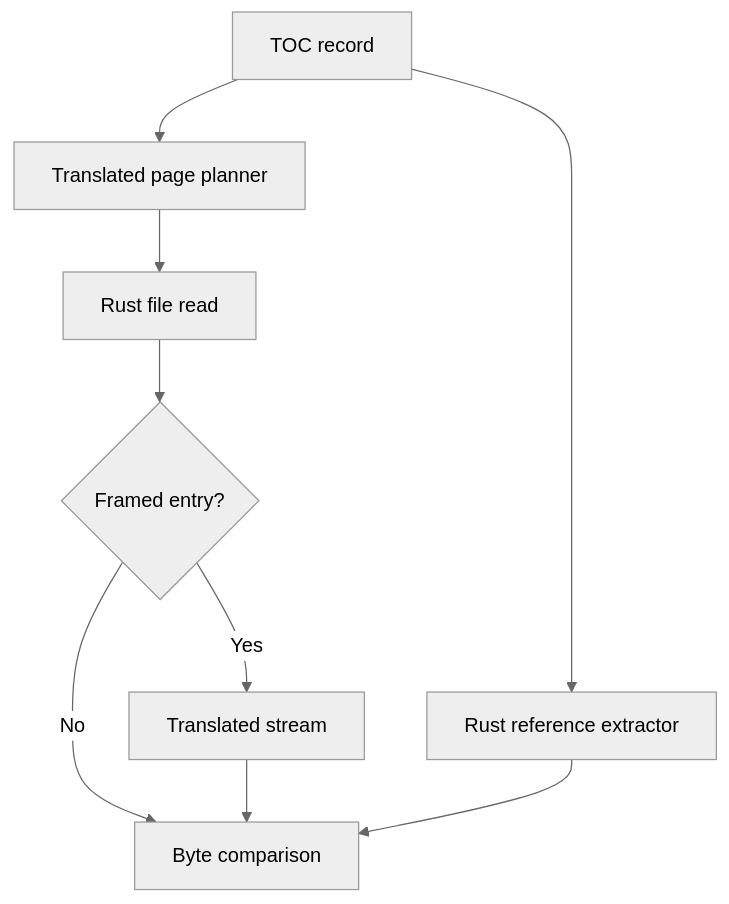
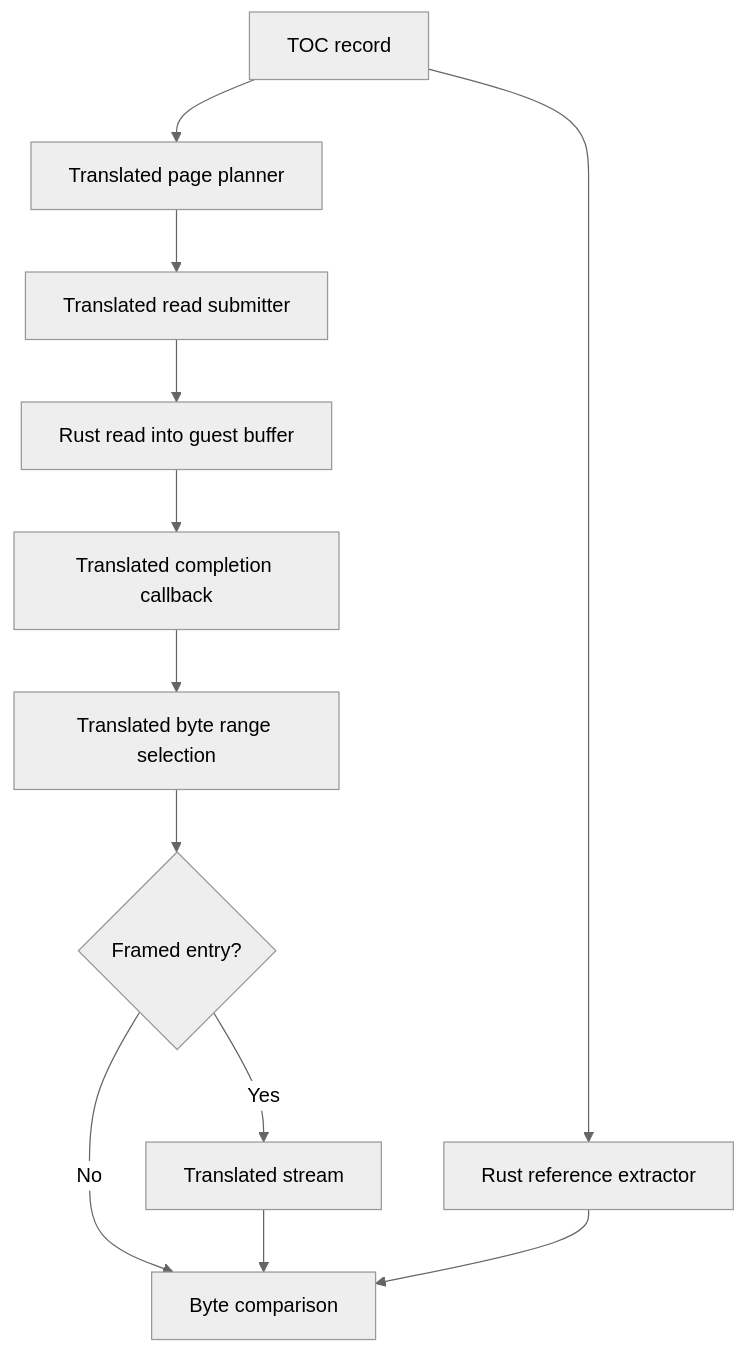
One commit to DarkLotus8000/Oldframe-Recomp changed the diagram in INTERNALS.md. Above: the diagram before and after it, drawn with Mermaid (neutral theme). The commit also changed other lines of this file and 17 other files, not shown here.

````diff
--- a/INTERNALS.md
+++ b/INTERNALS.md
@@ -46,11 +47,14 @@
 ```mermaid
 flowchart TD
     Toc["TOC record"] --> Plan["Translated page planner"]
-    Plan --> Read["Rust file read"]
-    Read --> Framed{"Framed entry?"}
+    Plan --> Submit["Translated read submitter"]
+    Submit --> Read["Rust read into guest buffer"]
+    Read --> Complete["Translated completion callback"]
+    Complete --> Span["Translated byte range selection"]
+    Span --> Framed{"Framed entry?"}
     Framed -->|Yes| Stream["Translated stream"]
     Framed -->|No| Compare["Byte comparison"]
     Stream --> Compare
     Toc --> Reference["Rust reference extractor"]
     Reference --> Compare
 ```
````
